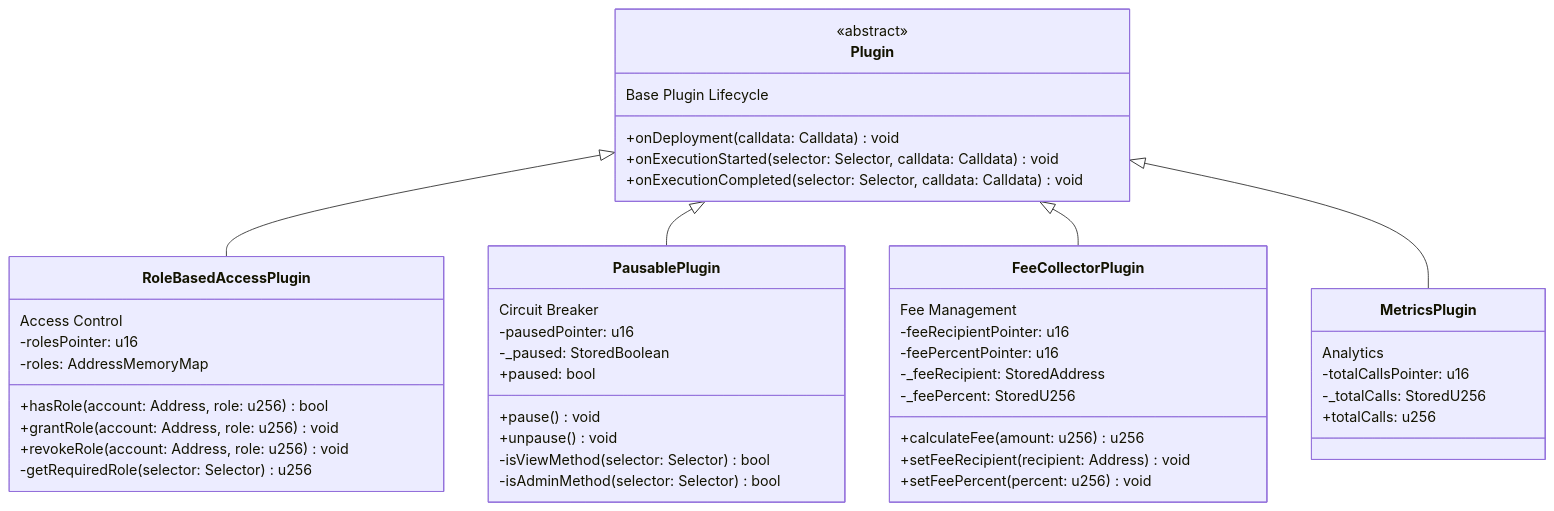
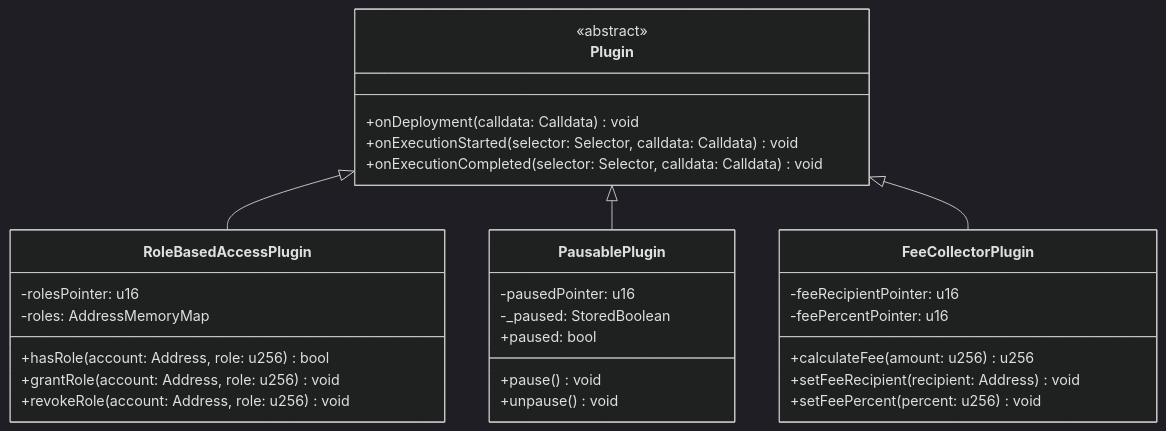
The second of 3 diagrams in docs/advanced/plugins.md (btc-vision/btc-runtime), drawn with Mermaid before and after one commit. The commit also changed other lines of this file and 3 other files, not shown here.

````diff
--- a/docs/advanced/plugins.md
+++ b/docs/advanced/plugins.md
@@ -72,54 +80,41 @@
 ```mermaid
+---
+config:
+  theme: dark
+---
 classDiagram
     class Plugin {
         <<abstract>>
-        Base Plugin Lifecycle
         +onDeployment(calldata: Calldata) void
         +onExecutionStarted(selector: Selector, calldata: Calldata) void
         +onExecutionCompleted(selector: Selector, calldata: Calldata) void
     }
 
     class RoleBasedAccessPlugin {
-        Access Control
         -rolesPointer: u16
         -roles: AddressMemoryMap
         +hasRole(account: Address, role: u256) bool
         +grantRole(account: Address, role: u256) void
         +revokeRole(account: Address, role: u256) void
-        -getRequiredRole(selector: Selector) u256
     }
 
     class PausablePlugin {
-        Circuit Breaker
         -pausedPointer: u16
         -_paused: StoredBoolean
         +paused: bool
         +pause() void
         +unpause() void
-        -isViewMethod(selector: Selector) bool
-        -isAdminMethod(selector: Selector) bool
     }
 
     class FeeCollectorPlugin {
-        Fee Management
         -feeRecipientPointer: u16
         -feePercentPointer: u16
-        -_feeRecipient: StoredAddress
-        -_feePercent: StoredU256
         +calculateFee(amount: u256) u256
         +setFeeRecipient(recipient: Address) void
         +setFeePercent(percent: u256) void
     }
 
-    class MetricsPlugin {
-        Analytics
-        -totalCallsPointer: u16
-        -_totalCalls: StoredU256
-        +totalCalls: u256
-    }
-
     Plugin <|-- RoleBasedAccessPlugin
     Plugin <|-- PausablePlugin
     Plugin <|-- FeeCollectorPlugin
-    Plugin <|-- MetricsPlugin
 ```
````
